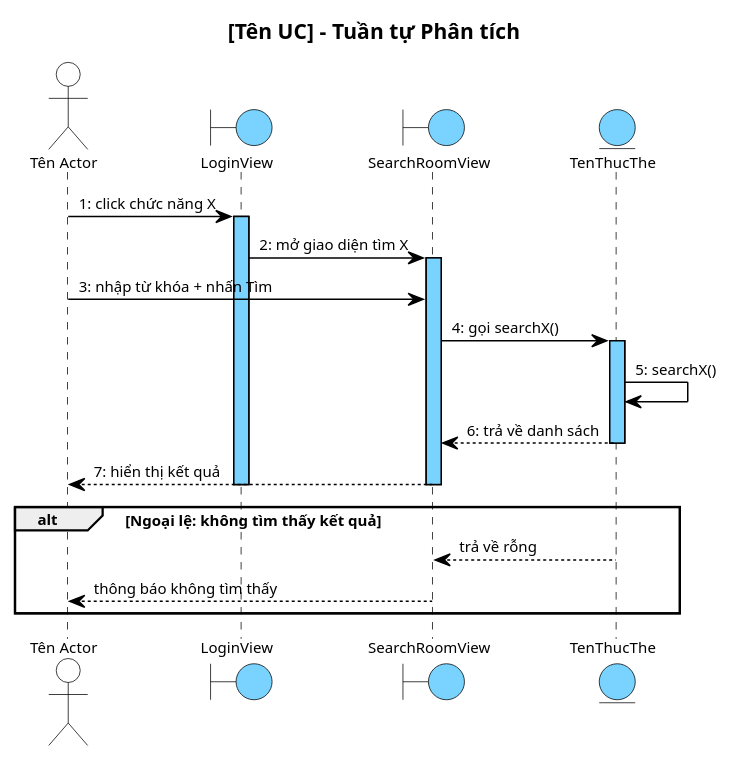
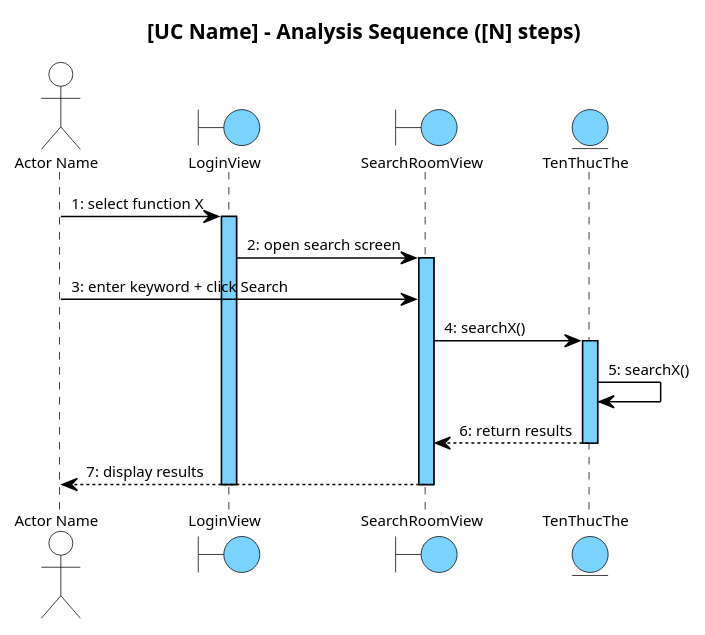
One commit to thanhtrnnn/cnpm changed the diagram in .claude/skills/cnpm/references/ii.4_tuantu_phantich.md. Above: the diagram before and after it, drawn with PlantUML. The commit also changed other lines of this file and 5 other files, not shown here.

````diff
--- a/.claude/skills/cnpm/references/ii.4_tuantu_phantich.md
+++ b/.claude/skills/cnpm/references/ii.4_tuantu_phantich.md
@@ -45,80 +46,75 @@
 ```plantuml
 @startuml
-' --- Layout & Spacing Skinparams ---
+' --- Main flow only — no alt blocks ---
 skinparam shadowing false
 skinparam SequenceMessageAlign left
 
 skinparam SequenceLifeLineBackgroundColor #7AD2FF
 skinparam SequenceLifeLineBorderColor #000000
 
 <style>
 sequenceDiagram {
   Shadowing 0
   RoundCorner 0
   FontName "Arial"
   FontSize 10
   FontColor #000000
 
   participant {
     BackgroundColor #7AD2FF
     LineColor #000000
     LineThickness 1
   }
 
   actor {
     BackgroundColor transparent
     LineColor #000000
   }
   boundary {
     BackgroundColor #7AD2FF
     LineColor #000000
   }
   control {
     BackgroundColor #7AD2FF
     LineColor #000000
   }
   entity {
     BackgroundColor #7AD2FF
     LineColor #000000
   }
 
   lifeline {
     LineColor #000000
     LineStyle 5-5
   }
 
   arrow {
     LineColor #000000
     LineThickness 1
     FontSize 10
   }
 }
 </style>
 
-title [Tên UC] – Tuần tự Phân tích
+title [UC Name] – Analysis Sequence ([N] steps)
 
-actor "Tên Actor" as Actor
+actor "Actor Name" as Actor
 boundary LoginView
 boundary SearchRoomView
 entity TenThucThe
 
-Actor -> LoginView : 1: click chức năng X
+Actor -> LoginView : 1: select function X
 activate LoginView
-LoginView -> SearchRoomView : 2: mở giao diện tìm X
+LoginView -> SearchRoomView : 2: open search screen
 activate SearchRoomView
-Actor -> SearchRoomView : 3: nhập từ khóa + nhấn Tìm
-SearchRoomView -> TenThucThe : 4: gọi searchX()
+Actor -> SearchRoomView : 3: enter keyword + click Search
+SearchRoomView -> TenThucThe : 4: searchX()
 activate TenThucThe
 TenThucThe -> TenThucThe : 5: searchX()
-TenThucThe --> SearchRoomView : 6: trả về danh sách
+TenThucThe --> SearchRoomView : 6: return results
 deactivate TenThucThe
-SearchRoomView --> Actor : 7: hiển thị kết quả
+SearchRoomView --> Actor : 7: display results
 deactivate SearchRoomView
 deactivate LoginView
-
-alt Ngoại lệ: không tìm thấy kết quả
-  TenThucThe --> SearchRoomView : trả về rỗng
-  SearchRoomView --> Actor : thông báo không tìm thấy
-end
 @enduml
 ```
````
